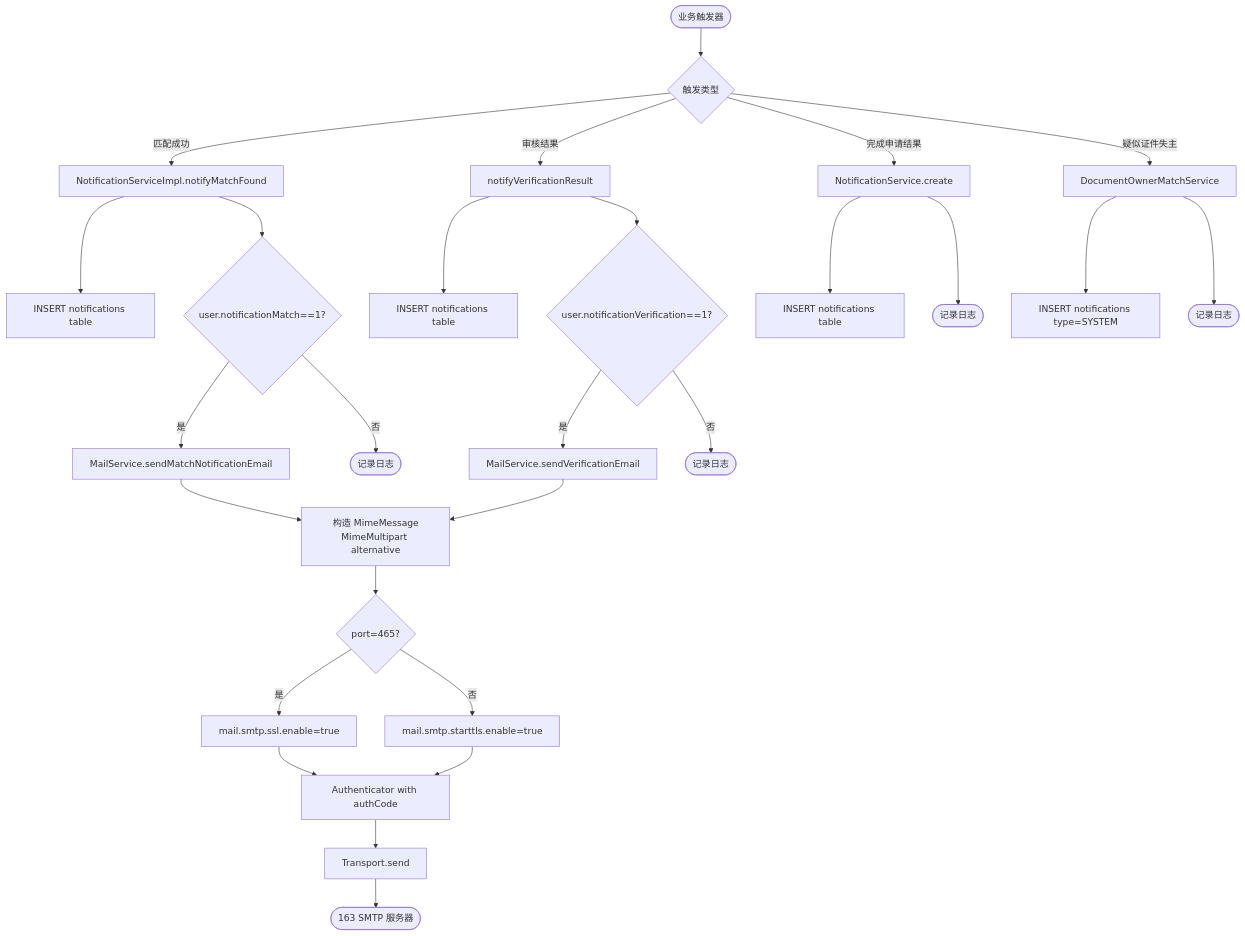
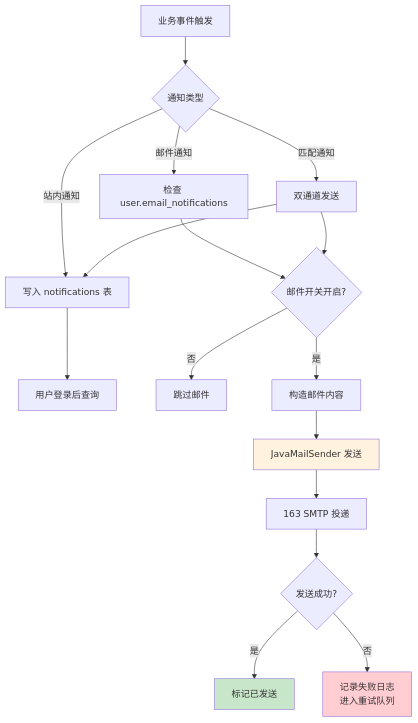
One commit to zwj-3193655211/campus-LostandFound changed diagram 17 of 29 in docs/项目图表.md. Above: the diagram before and after it, drawn with Mermaid. The commit also changed other lines of this file and 51 other files, not shown here.

````diff
--- a/docs/项目图表.md
+++ b/docs/项目图表.md
@@ -678,38 +827,24 @@
 ```mermaid
 flowchart TD
-    Trigger([业务触发器]) --> Types{触发类型}
-    Types -->|匹配成功| M1[NotificationServiceImpl.notifyMatchFound]
-    Types -->|审核结果| M2[notifyVerificationResult]
-    Types -->|完成申请结果| M3[NotificationService.create]
-    Types -->|疑似证件失主| M4[DocumentOwnerMatchService]
+    A[业务事件触发] --> B{通知类型}
+    B -->|站内通知| C[写入 notifications 表]
+    B -->|邮件通知| D[检查 user.email_notifications]
+    B -->|匹配通知| E[双通道发送]
 
-    M1 --> InApp1[INSERT notifications table]
-    M1 --> CheckEmail1{user.notificationMatch==1?}
-    CheckEmail1 -->|是| Mail1[MailService.sendMatchNotificationEmail]
-    CheckEmail1 -->|否| Done1
+    C --> F[用户登录后查询]
+    D --> G{邮件开关开启?}
+    G -->|否| Z[跳过邮件]
+    G -->|是| H[构造邮件内容]
+    H --> I[JavaMailSender 发送]
+    I --> J[163 SMTP 投递]
+    J --> K{发送成功?}
+    K -->|是| L[标记已发送]
+    K -->|否| M[记录失败日志<br/>进入重试队列]
 
-    M2 --> InApp2[INSERT notifications table]
-    M2 --> CheckEmail2{user.notificationVerification==1?}
-    CheckEmail2 -->|是| Mail2[MailService.sendVerificationEmail]
-    CheckEmail2 -->|否| Done2
+    E --> C
+    E --> G
 
-    M3 --> InApp3[INSERT notifications table]
-    M3 --> Done3
-
-    M4 --> InApp4[INSERT notifications type=SYSTEM]
-    M4 --> Done4
-
-    Mail1 --> Mime[构造 MimeMessage<br/>MimeMultipart alternative]
-    Mail2 --> Mime
-    Mime --> SSL{port=465?}
-    SSL -->|是| SSLSet[mail.smtp.ssl.enable=true]
-    SSL -->|否| TLS[mail.smtp.starttls.enable=true]
-    SSLSet --> Auth[Authenticator with authCode]
-    TLS --> Auth
-    Auth --> Send[Transport.send]
-    Send --> SMTP([163 SMTP 服务器])
-    Done1([记录日志])
-    Done2([记录日志])
-    Done3([记录日志])
-    Done4([记录日志])
+    style I fill:#fff3e0
+    style L fill:#c8e6c9
+    style M fill:#ffcdd2
 ```
````
